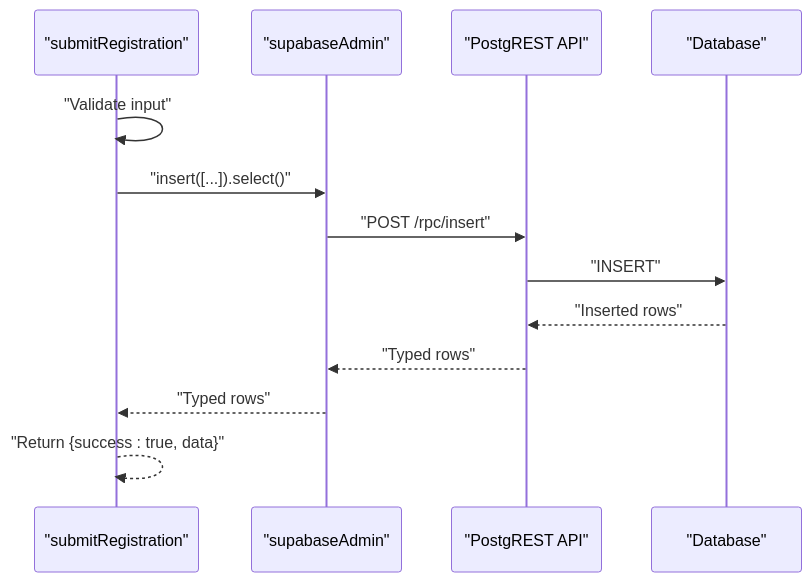
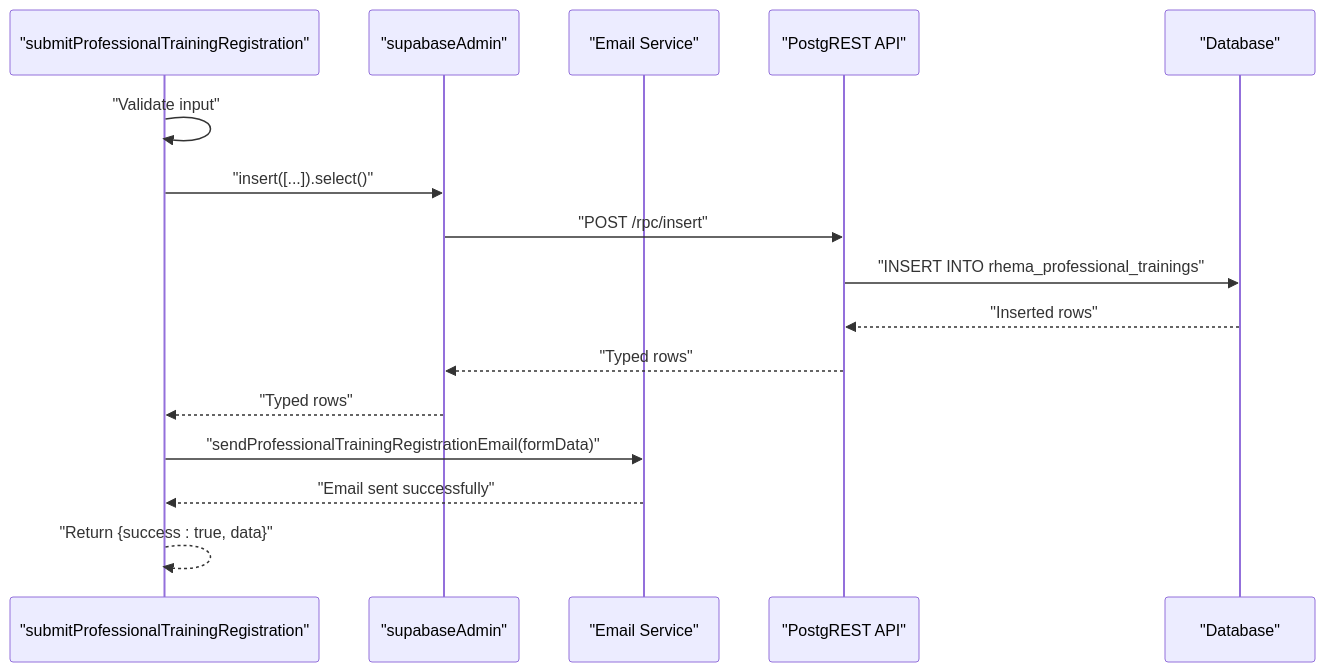
One commit to Black-box01/rhemaexpertsolutions changed the sixth of 8 diagrams in .qoder/repowiki/en/content/Database Integration/TypeScript Type Definitions.md. Above: the diagram before and after it, drawn with Mermaid. The commit also changed other lines of this file and 22 other files, not shown here.

First line of the commit message:
feat(professional-trainings): add professional training registration system

````diff
--- a/.qoder/repowiki/en/content/Database Integration/TypeScript Type Definitions.md
+++ b/.qoder/repowiki/en/content/Database Integration/TypeScript Type Definitions.md
@@ -280,15 +364,18 @@
 ```mermaid
 sequenceDiagram
-participant Action as "submitRegistration"
+participant Action as "submitProfessionalTrainingRegistration"
 participant Admin as "supabaseAdmin"
+participant Email as "Email Service"
 participant PostgREST as "PostgREST API"
 participant DB as "Database"
 Action->>Action : "Validate input"
 Action->>Admin : "insert([...]).select()"
 Admin->>PostgREST : "POST /rpc/insert"
-PostgREST->>DB : "INSERT"
+PostgREST->>DB : "INSERT INTO rhema_professional_trainings"
 DB-->>PostgREST : "Inserted rows"
 PostgREST-->>Admin : "Typed rows"
 Admin-->>Action : "Typed rows"
+Action->>Email : "sendProfessionalTrainingRegistrationEmail(formData)"
+Email-->>Action : "Email sent successfully"
 Action-->>Action : "Return {success : true, data}"
 ```
````
